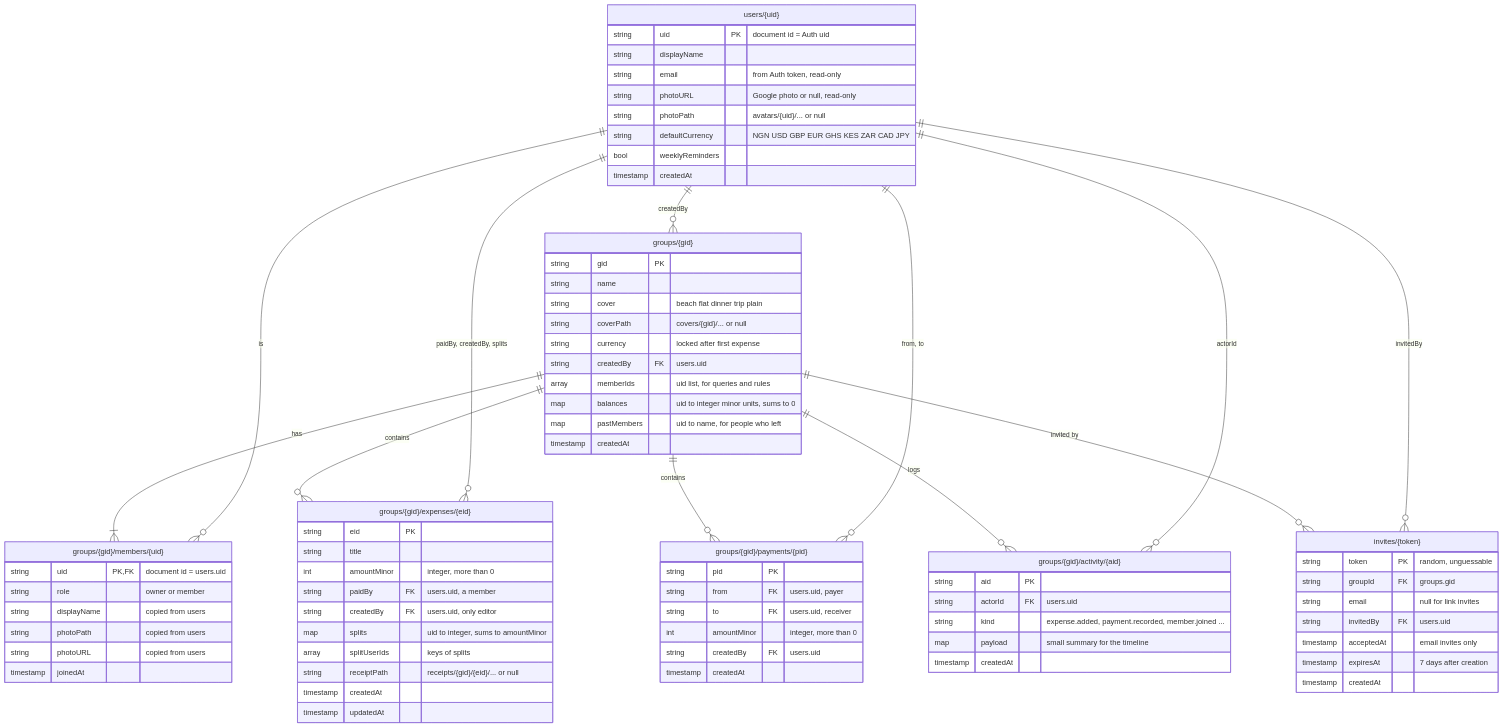
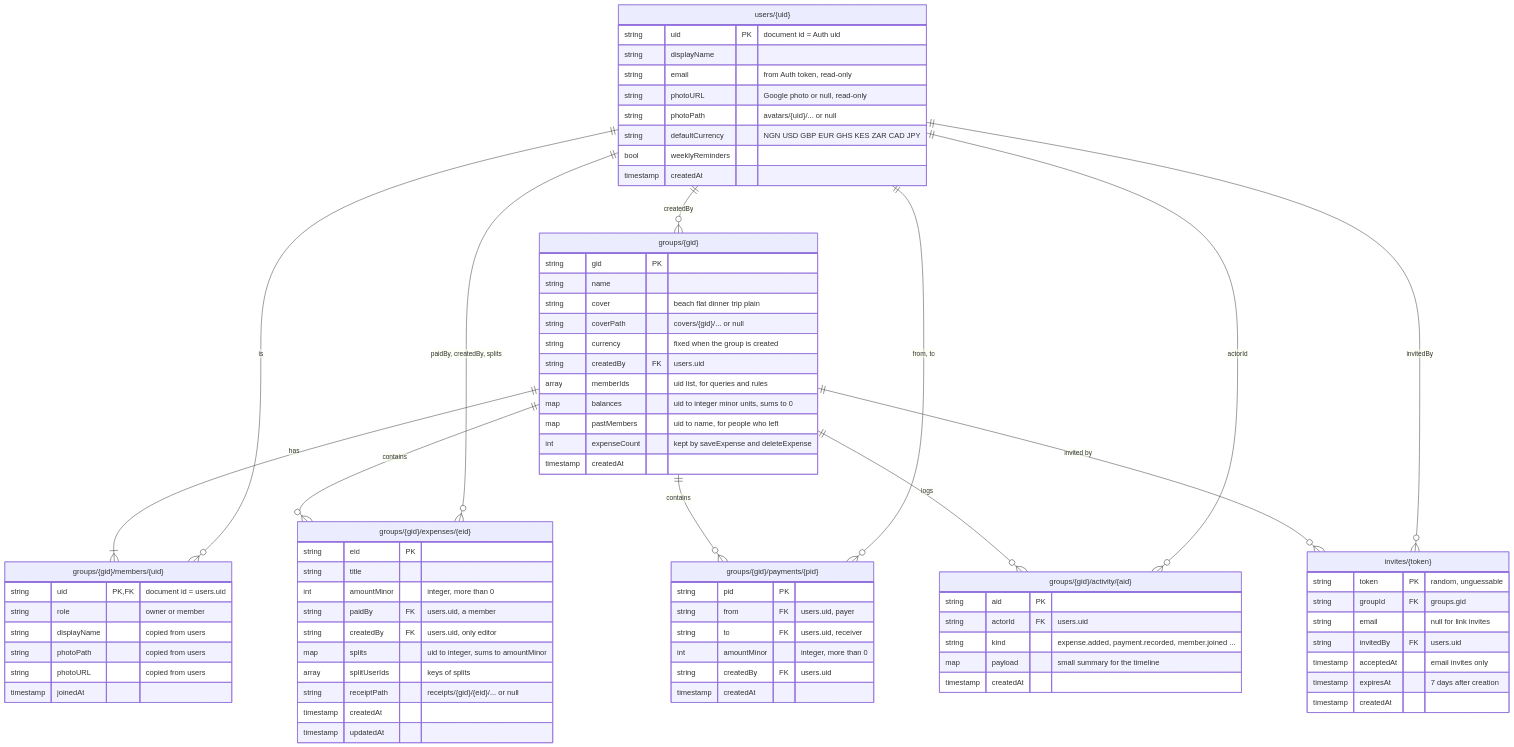
The diagram in docs/data-model.mmd (Ishurrla/SplitIt), drawn with Mermaid before and after one commit. The commit also changed 34 other files, not shown here.

```diff
--- a/docs/data-model.mmd
+++ b/docs/data-model.mmd
@@ -1,87 +1,88 @@
 %% SplitIt Firestore data model. Source for docs/data-model.png (pnpm diagram) and docs/data-model.md.
 %% Money fields are integers in the currency's smallest unit (kobo, cents, pence, yen).
 erDiagram
   users["users/{uid}"] {
     string uid PK "document id = Auth uid"
     string displayName
     string email "from Auth token, read-only"
     string photoURL "Google photo or null, read-only"
     string photoPath "avatars/{uid}/... or null"
     string defaultCurrency "NGN USD GBP EUR GHS KES ZAR CAD JPY"
     bool weeklyReminders
     timestamp createdAt
   }
 
   groups["groups/{gid}"] {
     string gid PK
     string name
     string cover "beach flat dinner trip plain"
     string coverPath "covers/{gid}/... or null"
-    string currency "locked after first expense"
+    string currency "fixed when the group is created"
     string createdBy FK "users.uid"
     array memberIds "uid list, for queries and rules"
     map balances "uid to integer minor units, sums to 0"
     map pastMembers "uid to name, for people who left"
+    int expenseCount "kept by saveExpense and deleteExpense"
     timestamp createdAt
   }
 
   members["groups/{gid}/members/{uid}"] {
     string uid PK, FK "document id = users.uid"
     string role "owner or member"
     string displayName "copied from users"
     string photoPath "copied from users"
     string photoURL "copied from users"
     timestamp joinedAt
   }
 
   expenses["groups/{gid}/expenses/{eid}"] {
     string eid PK
     string title
     int amountMinor "integer, more than 0"
     string paidBy FK "users.uid, a member"
     string createdBy FK "users.uid, only editor"
     map splits "uid to integer, sums to amountMinor"
     array splitUserIds "keys of splits"
     string receiptPath "receipts/{gid}/{eid}/... or null"
     timestamp createdAt
     timestamp updatedAt
   }
 
   payments["groups/{gid}/payments/{pid}"] {
     string pid PK
     string from FK "users.uid, payer"
     string to FK "users.uid, receiver"
     int amountMinor "integer, more than 0"
     string createdBy FK "users.uid"
     timestamp createdAt
   }
 
   activity["groups/{gid}/activity/{aid}"] {
     string aid PK
     string actorId FK "users.uid"
     string kind "expense.added, payment.recorded, member.joined ..."
     map payload "small summary for the timeline"
     timestamp createdAt
   }
 
   invites["invites/{token}"] {
     string token PK "random, unguessable"
     string groupId FK "groups.gid"
     string email "null for link invites"
     string invitedBy FK "users.uid"
     timestamp acceptedAt "email invites only"
     timestamp expiresAt "7 days after creation"
     timestamp createdAt
   }
 
   groups ||--|{ members : "has"
   groups ||--o{ expenses : "contains"
   groups ||--o{ payments : "contains"
   groups ||--o{ activity : "logs"
   groups ||--o{ invites : "invited by"
   users ||--o{ members : "is"
   users ||--o{ groups : "createdBy"
   users ||--o{ expenses : "paidBy, createdBy, splits"
   users ||--o{ payments : "from, to"
   users ||--o{ activity : "actorId"
   users ||--o{ invites : "invitedBy"
```
